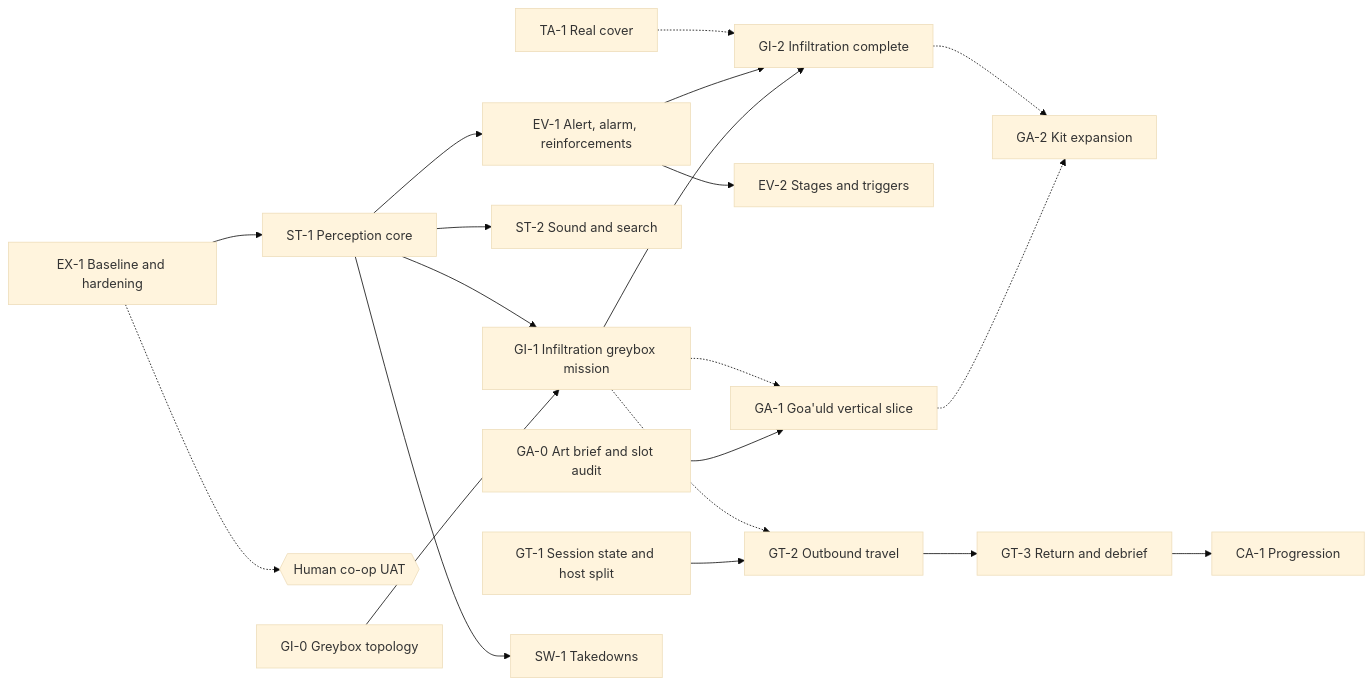
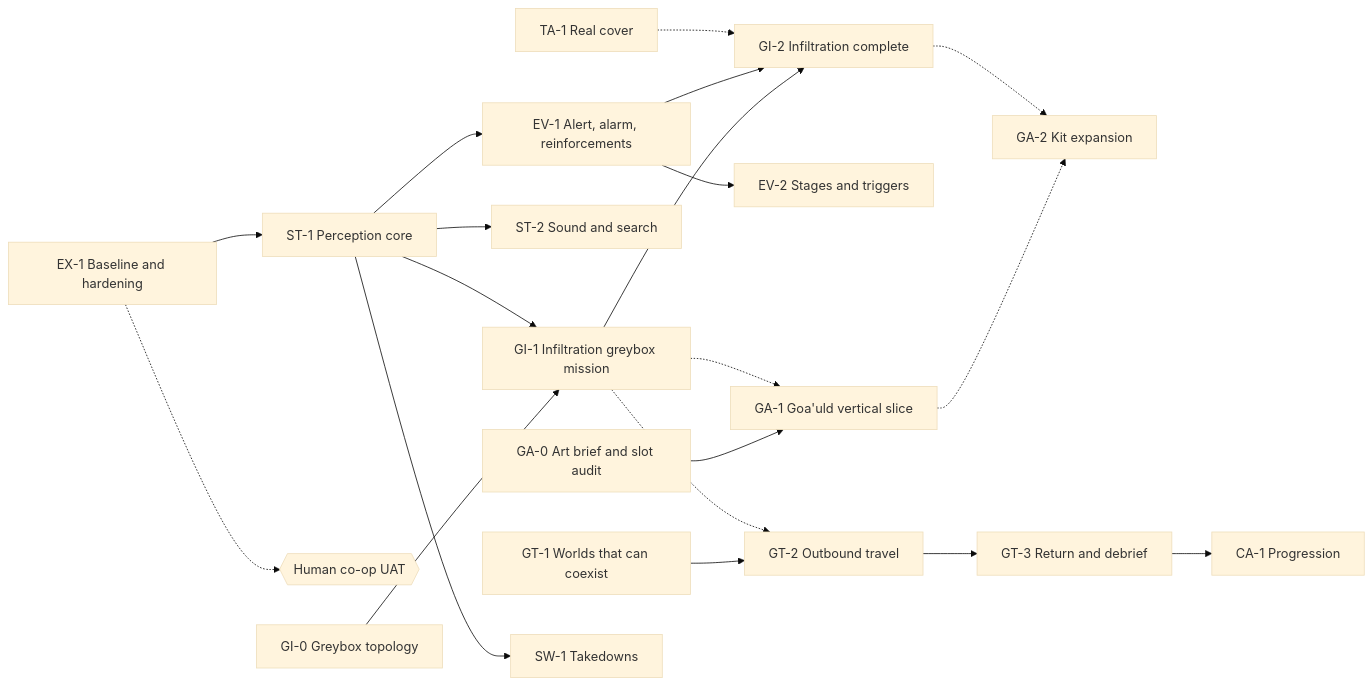
One commit to flaxos/Team-Discovery-Channel changed the diagram in docs/plans/master-development-roadmap.md. Above: the diagram before and after it, drawn with Mermaid (base theme). The commit also changed other lines of this file and 90 other files, not shown here.

First line of the commit message:
GT-1: two worlds can run side by side (no travel yet, no visible change) (#54)

````diff
--- a/docs/plans/master-development-roadmap.md
+++ b/docs/plans/master-development-roadmap.md
@@ -136,22 +136,22 @@
 ```mermaid
 flowchart LR
   EX1[EX-1 Baseline and hardening] --> ST1[ST-1 Perception core]
   EX1 -.-> UAT1{{Human co-op UAT}}
   GI0[GI-0 Greybox topology] --> GI1[GI-1 Infiltration greybox mission]
   ST1 --> GI1
   ST1 --> EV1[EV-1 Alert, alarm, reinforcements]
   ST1 --> ST2[ST-2 Sound and search]
   GI1 --> GI2[GI-2 Infiltration complete]
   EV1 --> GI2
   EV1 --> EV2[EV-2 Stages and triggers]
   TA1[TA-1 Real cover] -.-> GI2
   GA0[GA-0 Art brief and slot audit] --> GA1["GA-1 Goa'uld vertical slice"]
   GI1 -.-> GA1
   GA1 -.-> GA2[GA-2 Kit expansion]
   GI2 -.-> GA2
-  GT1[GT-1 Session state and host split] --> GT2[GT-2 Outbound travel]
+  GT1[GT-1 Worlds that can coexist] --> GT2[GT-2 Outbound travel]
   GT2 --> GT3[GT-3 Return and debrief]
   GI1 -.-> GT2
   GT3 --> CA1[CA-1 Progression]
   ST1 --> SW1[SW-1 Takedowns]
 ```
````
